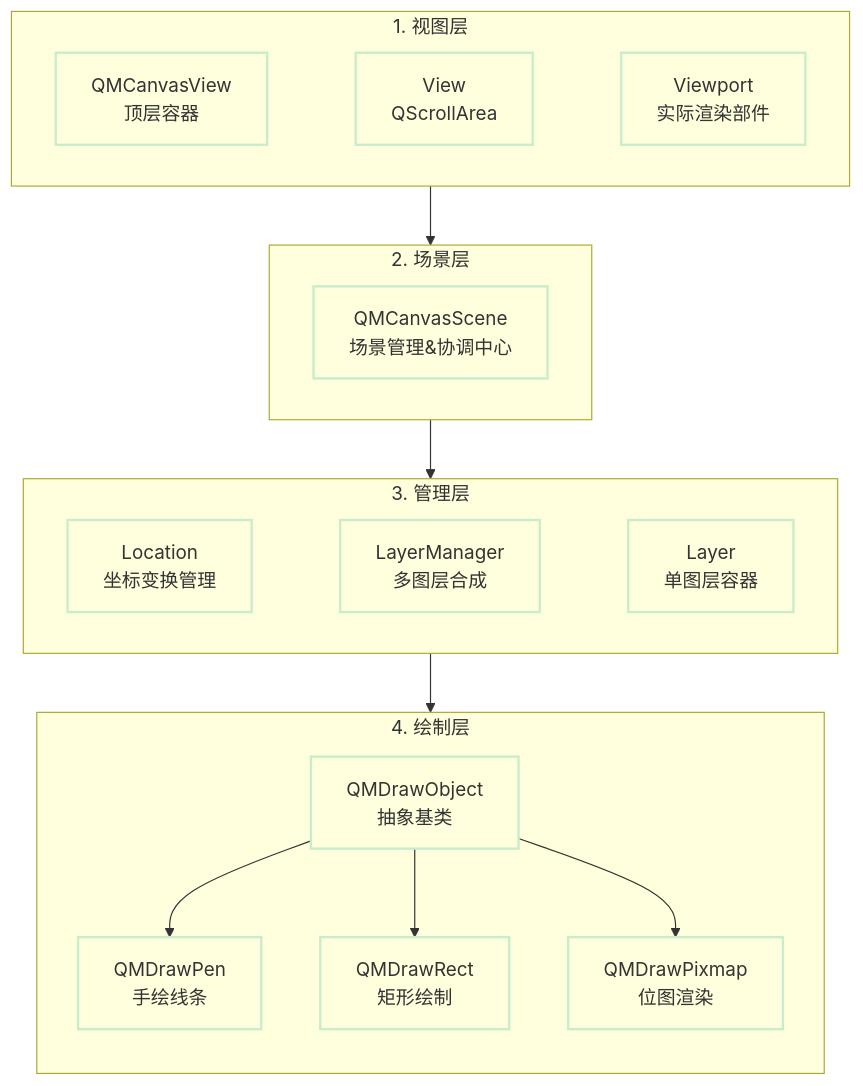
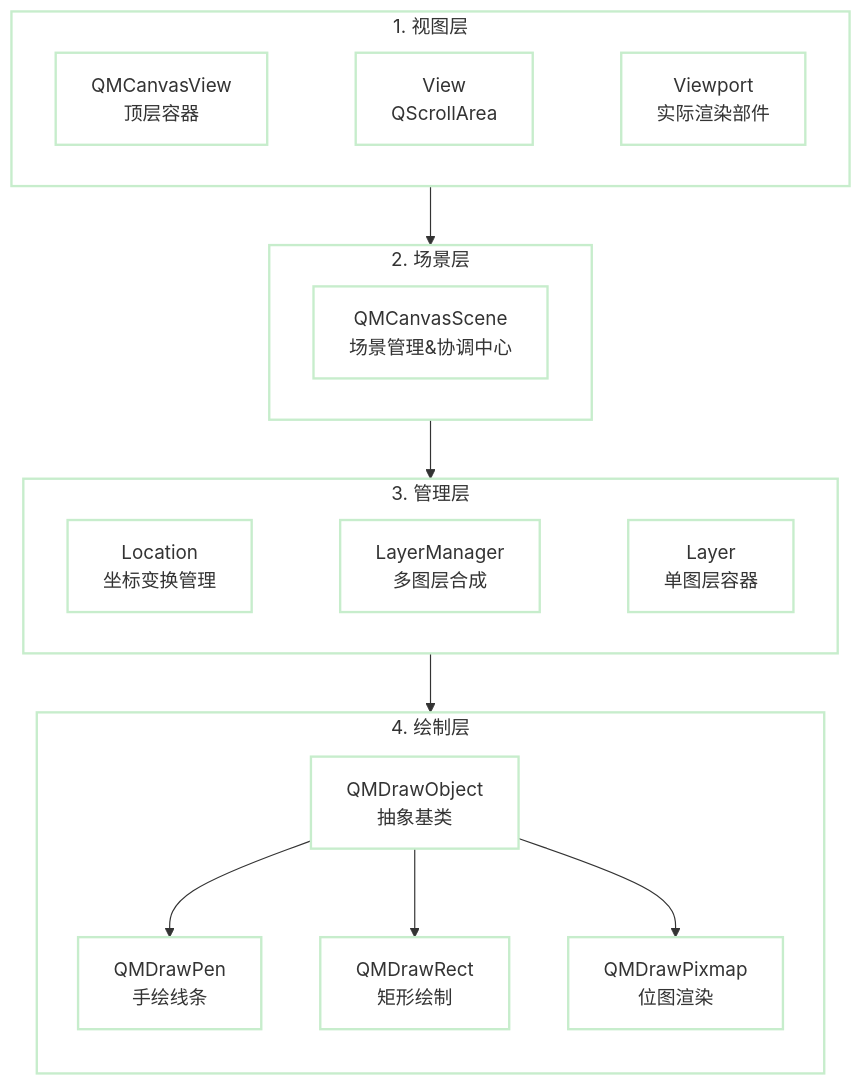
Before and after one commit to Ximiaw/QMCanvas: the diagram in README.md, drawn with Mermaid.

Commit message:
docs: 更新README.md中的图表样式定义

````diff
--- a/README.md
+++ b/README.md
@@ -22,58 +22,56 @@
 ```mermaid
 graph TD
     %% ==================== 视图层 ====================
     subgraph ViewLayer["1. 视图层"]
         direction LR
         QMCanvasView["QMCanvasView<br/>顶层容器"]
         View["View<br/>QScrollArea"]
         Viewport["Viewport<br/>实际渲染部件"]
     end
     
     %% ==================== 场景层 ====================
     subgraph SceneLayer["2. 场景层"]
         QMCanvasScene["QMCanvasScene<br/>场景管理&协调中心"]
     end
     
     %% ==================== 管理层 ====================
     subgraph ManagementLayer["3. 管理层"]
         direction LR
         Location["Location<br/>坐标变换管理"]
         LayerManager["LayerManager<br/>多图层合成"]
         Layer["Layer<br/>单图层容器"]
     end
     
     %% ==================== 绘制层 ====================
     subgraph DrawLayer["4. 绘制层"]
         direction TB
         QMDrawObject["QMDrawObject<br/>抽象基类"]
         QMDrawPen["QMDrawPen<br/>手绘线条"]
         QMDrawRect["QMDrawRect<br/>矩形绘制"]
         QMDrawPixmap["QMDrawPixmap<br/>位图渲染"]
     end
     
     %% ==================== 层次依赖关系 ====================
     ViewLayer --> SceneLayer
     SceneLayer --> ManagementLayer
     ManagementLayer --> DrawLayer
     
     %% ==================== 类继承关系 ====================
     QMDrawObject --> QMDrawPen
     QMDrawObject --> QMDrawRect
     QMDrawObject --> QMDrawPixmap
 
     %% ==================== 水平格式化 ====================
     QMCanvasView ~~~ View ~~~ Viewport
     Location ~~~ LayerManager ~~~ Layer
     
     %% ==================== 样式定义 ====================
-    classDef layerStyle fill:#0000,stroke:#c7edcc,stroke-width:2px
-    classDef viewStyle fill:#0000,stroke:#c7edcc,stroke-width:2px
-    classDef sceneStyle fill:#0000,stroke:#c7edcc,stroke-width:2px
-    classDef manageStyle fill:#0000,stroke:#c7edcc,stroke-width:2px
-    classDef drawStyle fill:#0000,stroke:#c7edcc,stroke-width:2px
+    classDef nodeStyle fill:#0000,stroke:#c7edcc,stroke-width:2px
+    classDef subgraphStyle fill:#0000,stroke:#c7edcc,stroke-width:2px
     
-    class QMCanvasView,View,Viewport viewStyle
-    class QMCanvasScene sceneStyle
-    class Location,LayerManager,Layer manageStyle
-    class QMDrawObject,QMDrawPen,QMDrawRect,QMDrawPixmap drawStyle
+    class ViewLayer,SceneLayer,ManagementLayer,DrawLayer subgraphStyle
+    class QMCanvasView,View,Viewport nodeStyle
+    class QMCanvasScene nodeStyle
+    class Location,LayerManager,Layer nodeStyle
+    class QMDrawObject,QMDrawPen,QMDrawRect,QMDrawPixmap nodeStyle
 ```
````
